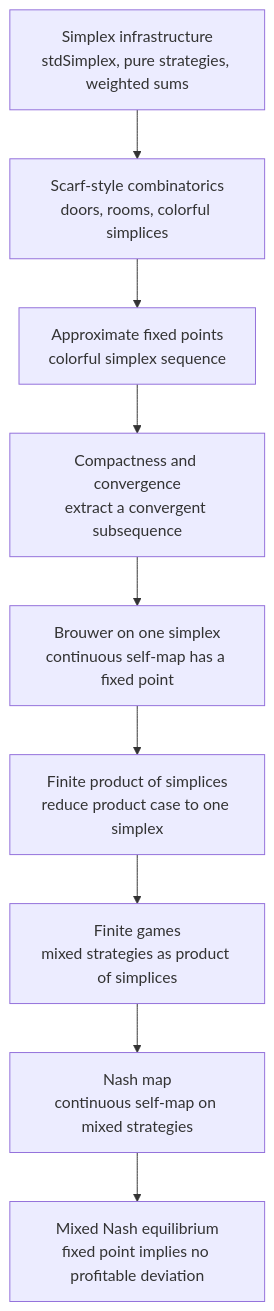
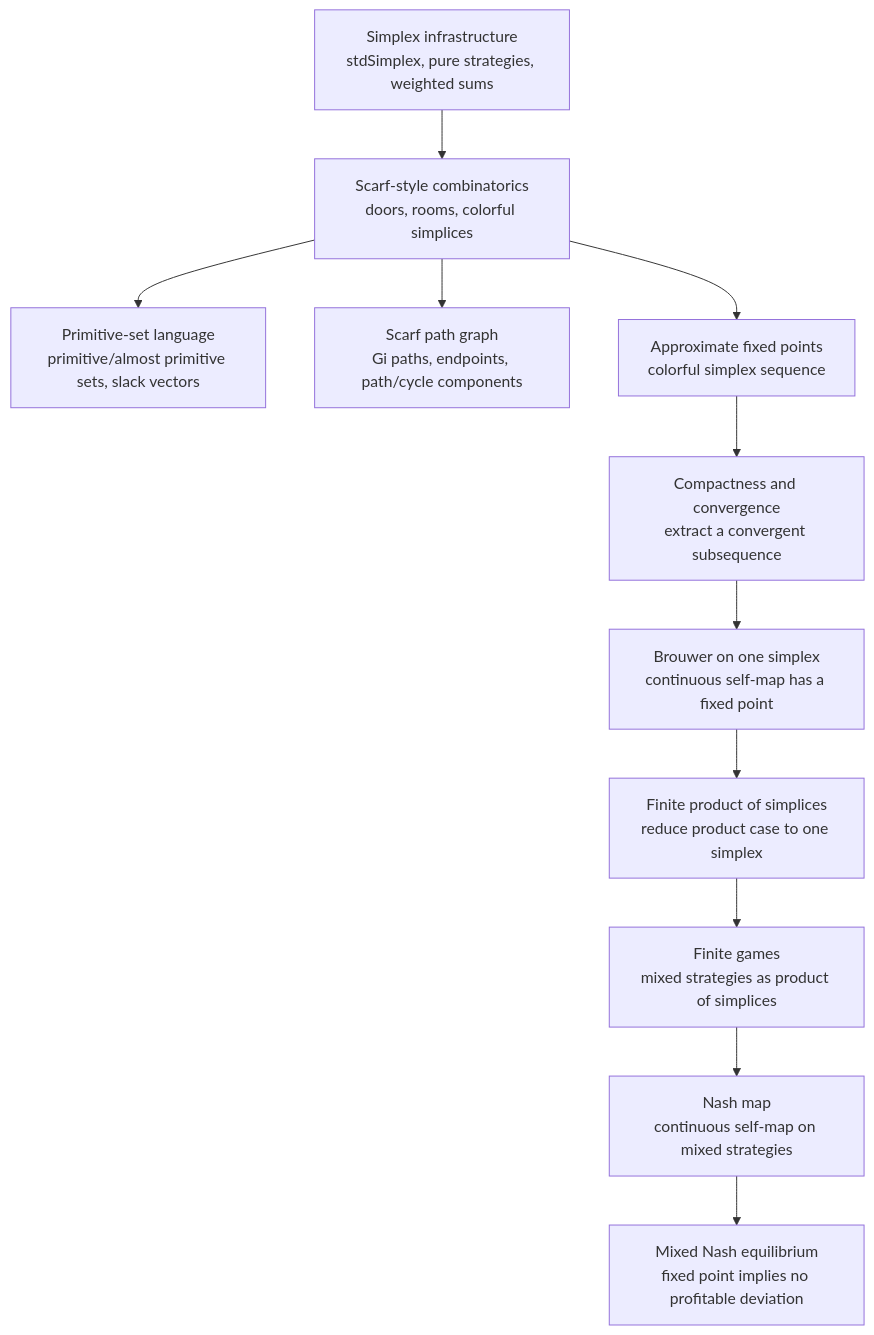
Before and after one commit to math-xmum/Brouwer: the diagram in README.md, drawn with Mermaid. The commit also changed other lines of this file, not shown here.

````diff
--- a/README.md
+++ b/README.md
@@ -33,14 +33,19 @@
 ```mermaid
 flowchart TD
     A["Simplex infrastructure<br/>stdSimplex, pure strategies, weighted sums"]
     B["Scarf-style combinatorics<br/>doors, rooms, colorful simplices"]
-    C["Approximate fixed points<br/>colorful simplex sequence"]
-    D["Compactness and convergence<br/>extract a convergent subsequence"]
-    E["Brouwer on one simplex<br/>continuous self-map has a fixed point"]
-    F["Finite product of simplices<br/>reduce product case to one simplex"]
-    G["Finite games<br/>mixed strategies as product of simplices"]
-    H["Nash map<br/>continuous self-map on mixed strategies"]
-    I["Mixed Nash equilibrium<br/>fixed point implies no profitable deviation"]
+    C["Primitive-set language<br/>primitive/almost primitive sets, slack vectors"]
+    D["Scarf path graph<br/>Gi paths, endpoints, path/cycle components"]
+    E["Approximate fixed points<br/>colorful simplex sequence"]
+    F["Compactness and convergence<br/>extract a convergent subsequence"]
+    G["Brouwer on one simplex<br/>continuous self-map has a fixed point"]
+    H["Finite product of simplices<br/>reduce product case to one simplex"]
+    I["Finite games<br/>mixed strategies as product of simplices"]
+    J["Nash map<br/>continuous self-map on mixed strategies"]
+    K["Mixed Nash equilibrium<br/>fixed point implies no profitable deviation"]
 
-    A --> B --> C --> D --> E --> F --> G --> H --> I
+    A --> B
+    B --> C
+    B --> D
+    B --> E --> F --> G --> H --> I --> J --> K
 ```
````
